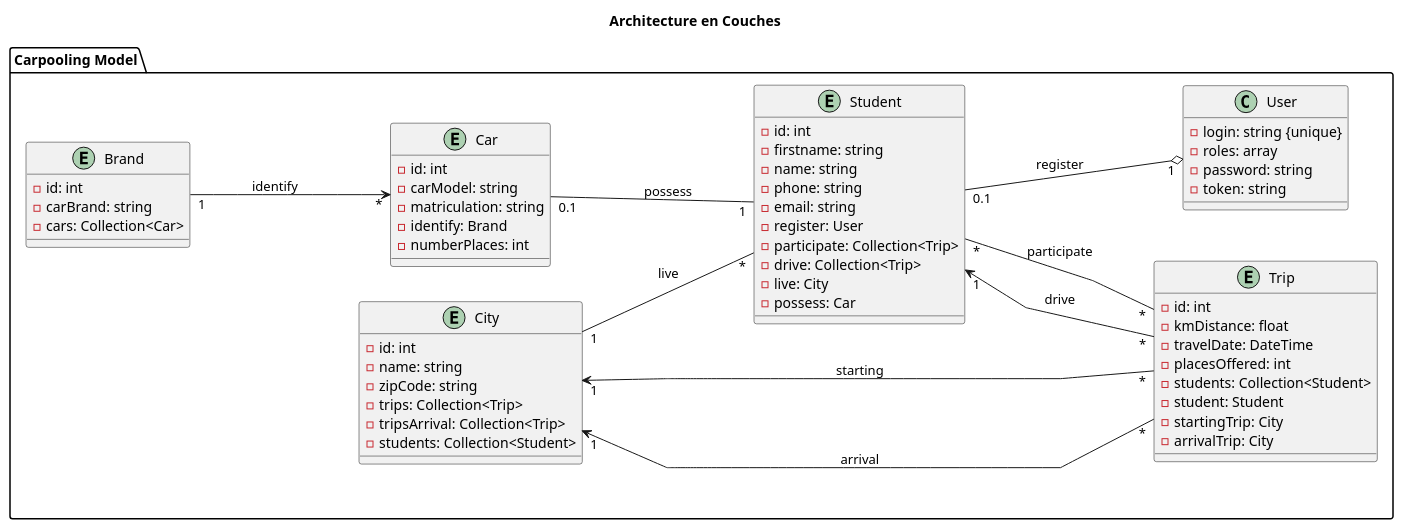
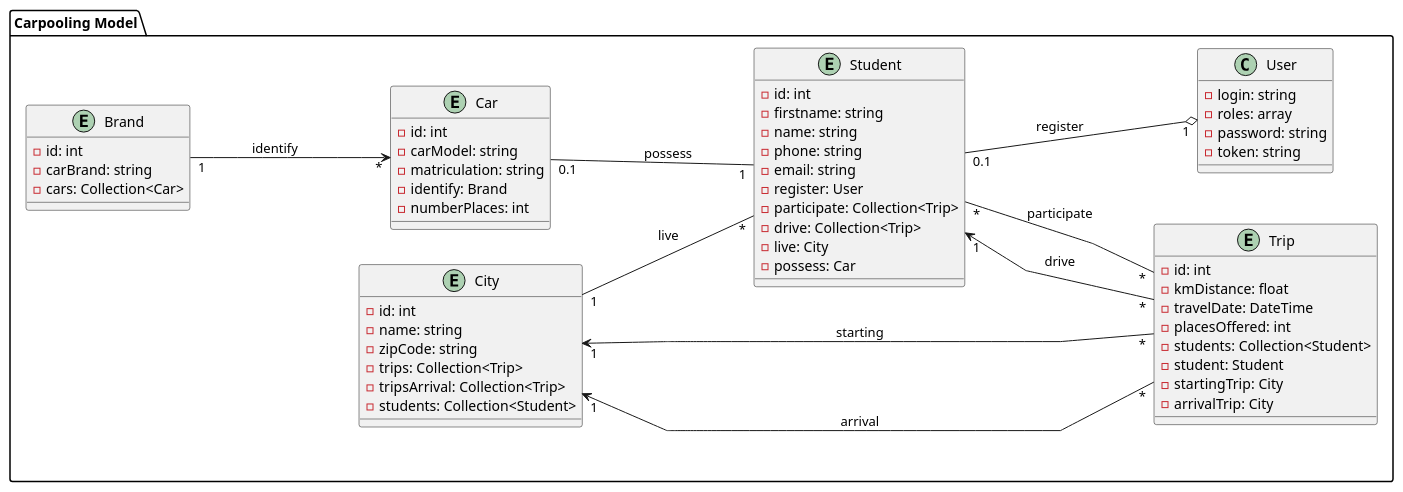
The diagram in DiagramModel.puml (elemouellic/carpooling), drawn with PlantUML before and after one commit. The commit also changed 1 other file, not shown here.

Commit message:
update class diagram

```diff
--- a/DiagramModel.puml
+++ b/DiagramModel.puml
@@ -1,77 +1,76 @@
 @startuml
 skinparam linetype polyline
 left to right direction
 
-title Architecture en Couches
 
 
 
 
 package "Carpooling Model" as model{
 class User {
-    -login: string {unique}
+    -login: string
     -roles: array
     -password: string
     -token: string
 }
   Entity Student {
       -id: int
       -firstname: string
       -name: string
       -phone: string
       -email: string
       -register: User
       -participate: Collection<Trip>
       -drive: Collection<Trip>
       -live: City
       -possess: Car
   }
   Entity Car {
       -id: int
       -carModel: string
       -matriculation: string
       -identify: Brand
       -numberPlaces: int
   }
  Entity Brand {
        -id: int
        -carBrand: string
        -cars: Collection<Car>
   }
 
   Entity Trip {
       -id: int
       -kmDistance: float
       -travelDate: DateTime
       -placesOffered: int
       -students: Collection<Student>
       -student: Student
       -startingTrip: City
       -arrivalTrip: City
   }
   Entity City {
            -id: int
            -name: string
            -zipCode: string
            -trips: Collection<Trip>
            -tripsArrival: Collection<Trip>
            -students: Collection<Student>
        }
 
   Student "0.1" ---o "1" User : register
 
   Student "*" --- "*" Trip : participate
   Student "1" <--- "*" Trip : drive
   Car "0.1" --- "1" Student : possess
 
 
   Brand "1" ---> "*" Car : identify
 
   City "1" <--- "*" Trip : starting
   City "1" <--- "*" Trip : arrival
   City "1" --- "*" Student : live
 
 
 }
 
 @enduml
```
